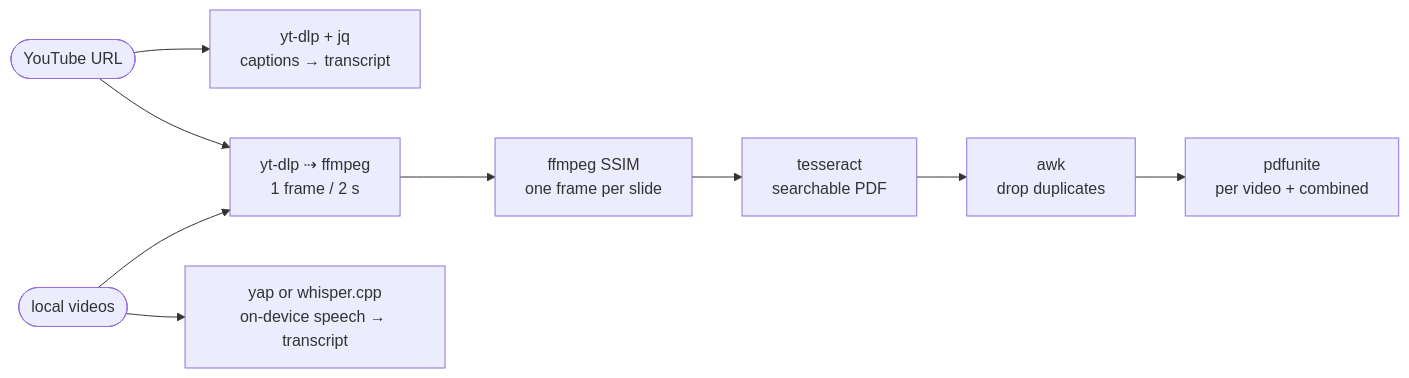
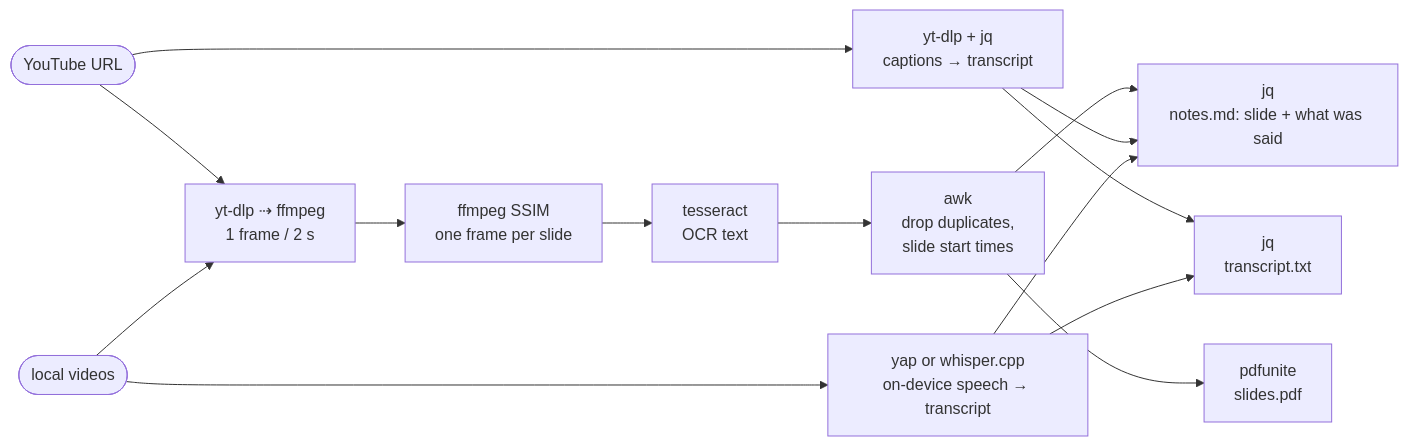
Before and after one commit to jcxk/video2info: the diagram in README.md, drawn with Mermaid. The commit also changed other lines of this file and 7 other files, not shown here.

First line of the commit message:
release: v0.3.0, video2info with Markdown notes (default), --format md,pdf,txt

````diff
--- a/README.md
+++ b/README.md
@@ -21,11 +22,16 @@
 ```mermaid
 flowchart LR
     U([YouTube URL]) --> C[yt-dlp + jq<br/>captions → transcript]
     U --> S[yt-dlp ⇢ ffmpeg<br/>1 frame / 2 s]
     F([local videos]) --> Y[yap or whisper.cpp<br/>on-device speech → transcript]
     F --> S
     S --> X[ffmpeg SSIM<br/>one frame per slide]
-    X --> O[tesseract<br/>searchable PDF]
-    O --> W[awk<br/>drop duplicates]
-    W --> P[pdfunite<br/>per video + combined]
+    X --> O[tesseract<br/>OCR text]
+    O --> W[awk<br/>drop duplicates,<br/>slide start times]
+    W --> MD[jq<br/>notes.md: slide + what was said]
+    C --> MD
+    Y --> MD
+    W --> P[pdfunite<br/>slides.pdf]
+    C --> TX[jq<br/>transcript.txt]
+    Y --> TX
 ```
````
